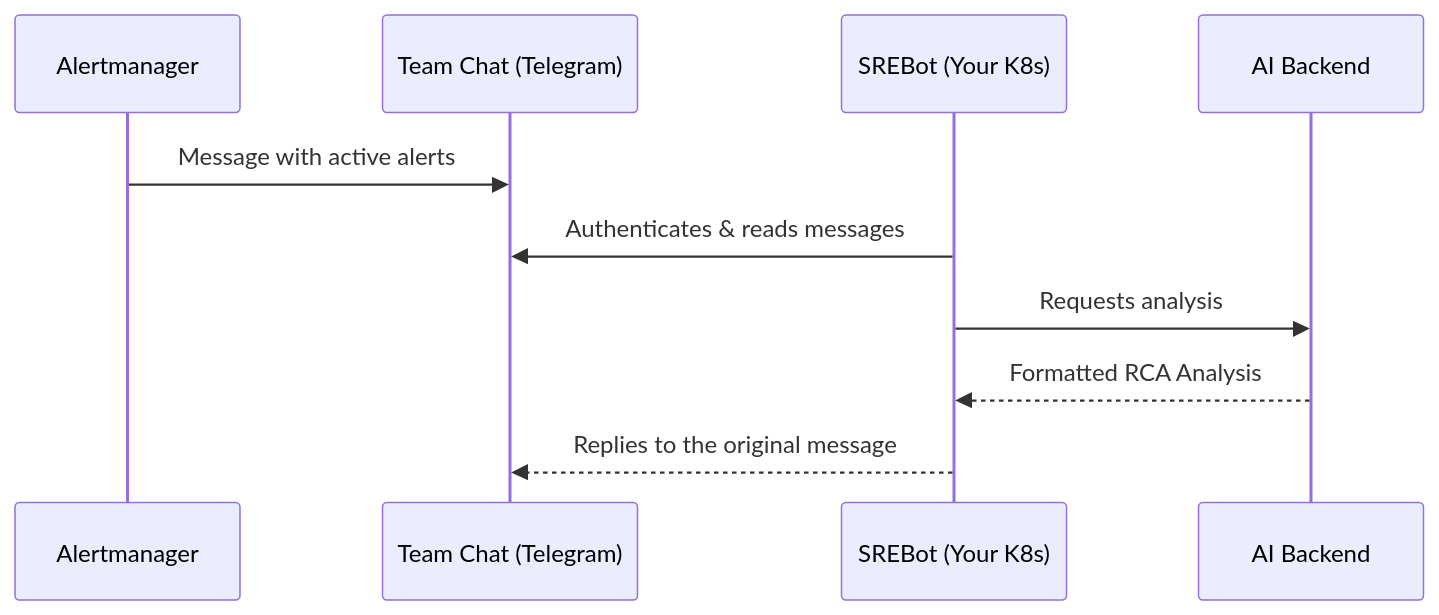
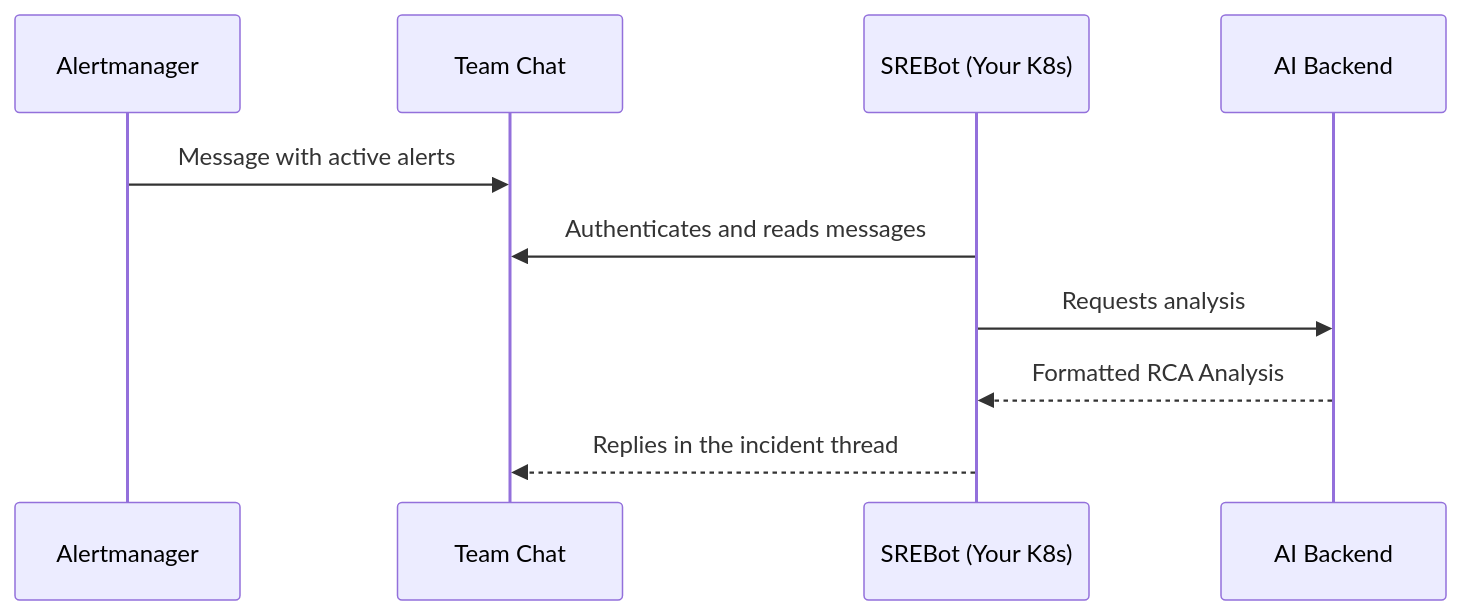
One commit to shadrus/srebot-docs changed the diagram in docs/en/guide/introduction.md. Above: the diagram before and after it, drawn with Mermaid. The commit also changed other lines of this file and 16 other files, not shown here.

````diff
--- a/docs/en/guide/introduction.md
+++ b/docs/en/guide/introduction.md
@@ -14,13 +17,13 @@
 ```mermaid
 sequenceDiagram
     participant Alertmanager
-    participant TelegramChat as Team Chat (Telegram)
+    participant TeamChat as Team Chat
     participant SREBot as SREBot (Your K8s)
     participant Backend as AI Backend
 
-    Alertmanager->>TelegramChat: Message with active alerts
-    SREBot->>TelegramChat: Authenticates & reads messages
+    Alertmanager->>TeamChat: Message with active alerts
+    SREBot->>TeamChat: Authenticates and reads messages
     SREBot->>Backend: Requests analysis
     Backend-->>SREBot: Formatted RCA Analysis
-    SREBot-->>TelegramChat: Replies to the original message
+    SREBot-->>TeamChat: Replies in the incident thread
 ```
````
